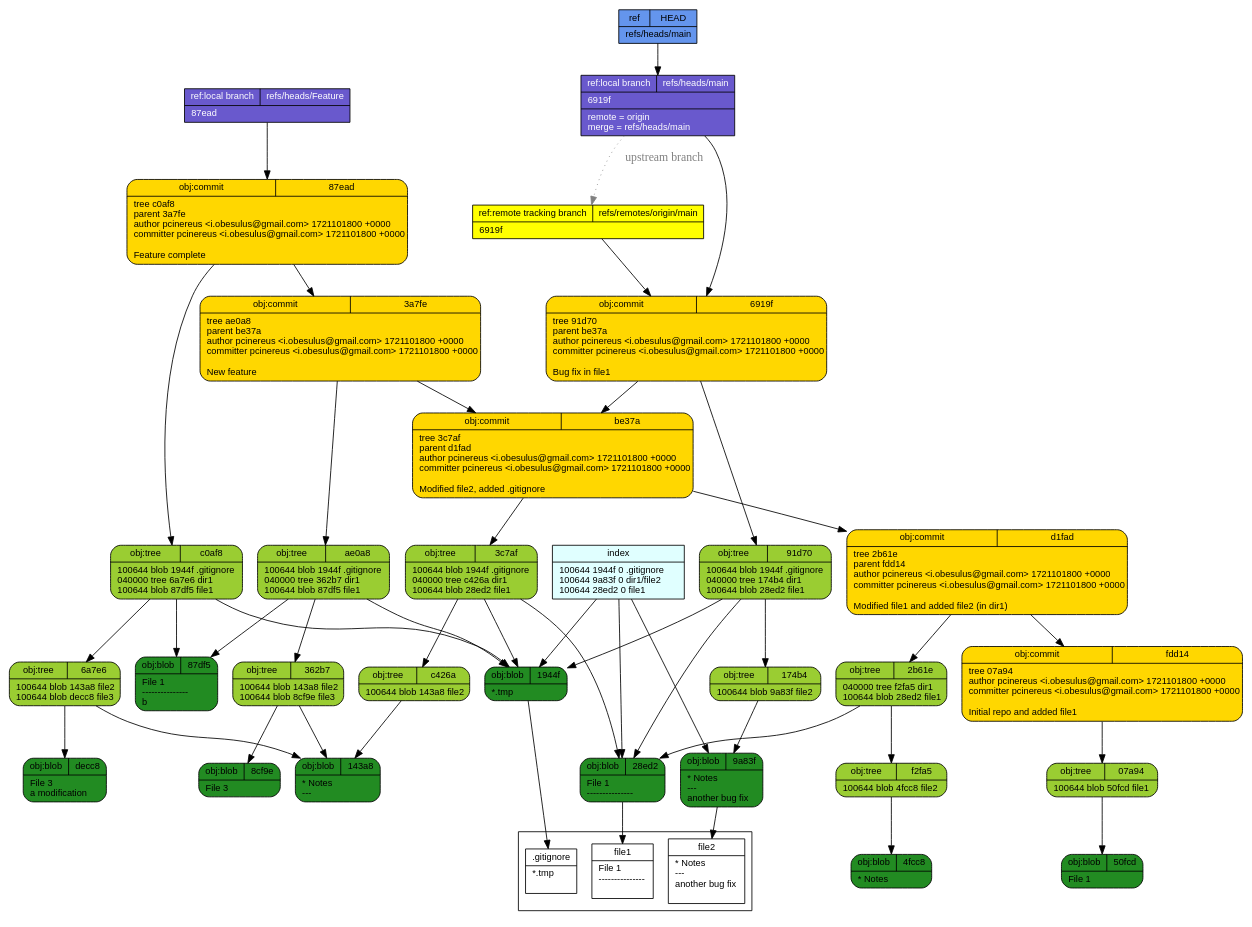
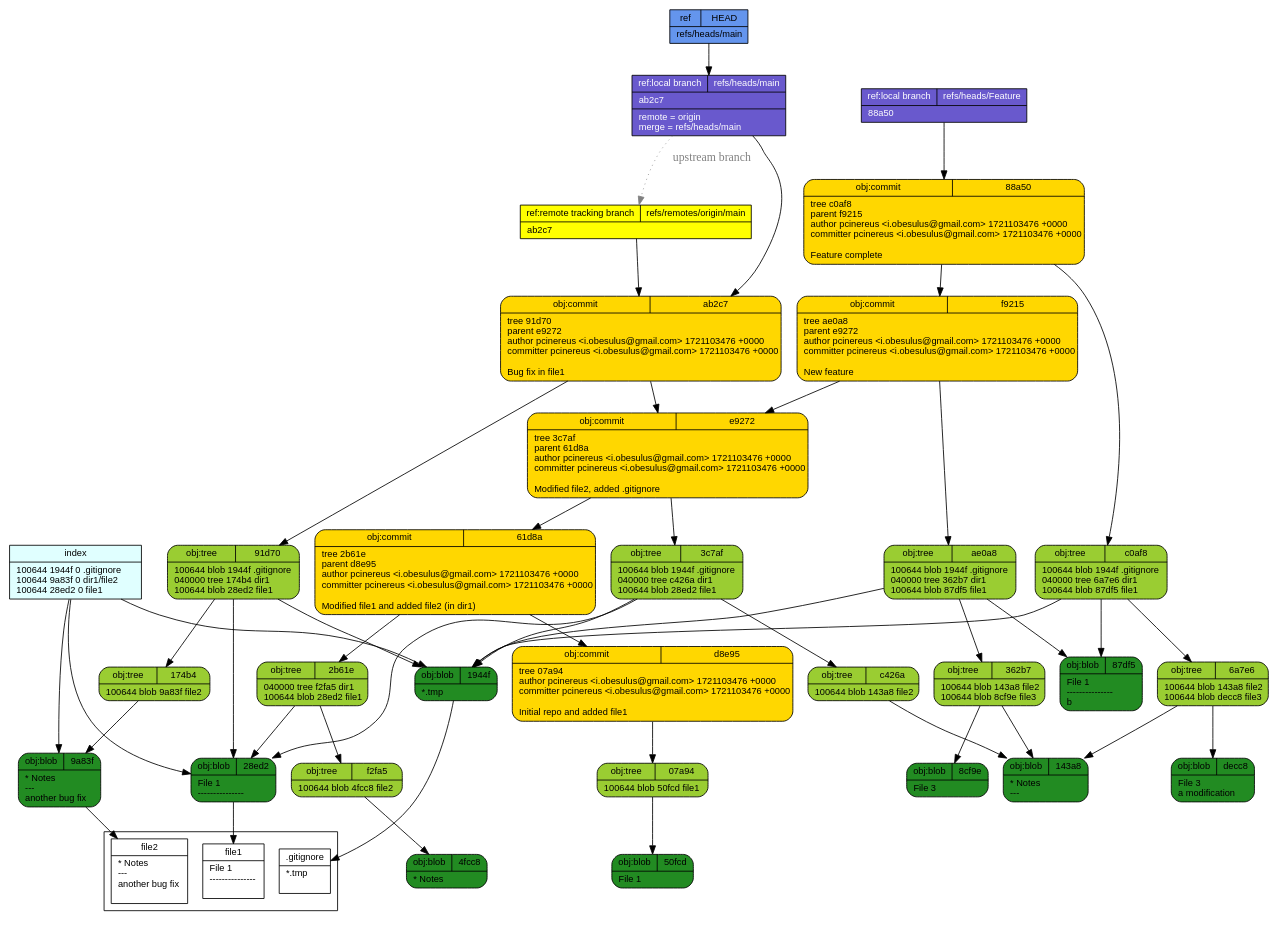
One commit to pcinereus/SUYRs_documents changed the diagram in tut/git-draw.dot. Above: the diagram before and after it, drawn with Graphviz. The commit also changed 607 other files, not shown here.

```diff
--- a/tut/git-draw.dot
+++ b/tut/git-draw.dot
@@ -1,57 +1,57 @@
 digraph structs {
   node [shape=record,fontsize=11,fontname="arial"];
   rankdir="TB";
   _f2fa5 [fillcolor="yellowgreen", style="filled,rounded", label="{{obj:tree|f2fa5}|100644\ blob\ 4fcc8\	file2\l}"]  _f2fa5 -> _4fcc8
-  _6919f [fillcolor="gold", style="filled,rounded", label="{{obj:commit|6919f}|tree\ 91d70\lparent\ be37a\lauthor\ pcinereus\ \<i\.obesulus\@gmail\.com\>\ 1721101800\ \+0000\lcommitter\ pcinereus\ \<i\.obesulus\@gmail\.com\>\ 1721101800\ \+0000\l\lBug\ fix\ in\ file1\l}"]  _6919f -> _91d70
-  _6919f -> _be37a
   _07a94 [fillcolor="yellowgreen", style="filled,rounded", label="{{obj:tree|07a94}|100644\ blob\ 50fcd\	file1\l}"]  _07a94 -> _50fcd
   _143a8 [fillcolor="forestgreen", style="filled,rounded", label="{{obj:blob|143a8}|\*\ Notes\l\-\-\-\l}"]  _c0af8 [fillcolor="yellowgreen", style="filled,rounded", label="{{obj:tree|c0af8}|100644\ blob\ 1944f\	\.gitignore\l040000\ tree\ 6a7e6\	dir1\l100644\ blob\ 87df5\	file1\l}"]  _c0af8 -> _1944f
   _c0af8 -> _6a7e6
   _c0af8 -> _87df5
-  _4fcc8 [fillcolor="forestgreen", style="filled,rounded", label="{{obj:blob|4fcc8}|\*\ Notes\l}"]  _3a7fe [fillcolor="gold", style="filled,rounded", label="{{obj:commit|3a7fe}|tree\ ae0a8\lparent\ be37a\lauthor\ pcinereus\ \<i\.obesulus\@gmail\.com\>\ 1721101800\ \+0000\lcommitter\ pcinereus\ \<i\.obesulus\@gmail\.com\>\ 1721101800\ \+0000\l\lNew\ feature\l}"]  _3a7fe -> _ae0a8
-  _3a7fe -> _be37a
-  _fdd14 [fillcolor="gold", style="filled,rounded", label="{{obj:commit|fdd14}|tree\ 07a94\lauthor\ pcinereus\ \<i\.obesulus\@gmail\.com\>\ 1721101800\ \+0000\lcommitter\ pcinereus\ \<i\.obesulus\@gmail\.com\>\ 1721101800\ \+0000\l\lInitial\ repo\ and\ added\ file1\l}"]  _fdd14 -> _07a94
+  _4fcc8 [fillcolor="forestgreen", style="filled,rounded", label="{{obj:blob|4fcc8}|\*\ Notes\l}"]  _ab2c7 [fillcolor="gold", style="filled,rounded", label="{{obj:commit|ab2c7}|tree\ 91d70\lparent\ e9272\lauthor\ pcinereus\ \<i\.obesulus\@gmail\.com\>\ 1721103476\ \+0000\lcommitter\ pcinereus\ \<i\.obesulus\@gmail\.com\>\ 1721103476\ \+0000\l\lBug\ fix\ in\ file1\l}"]  _ab2c7 -> _91d70
+  _ab2c7 -> _e9272
   _c426a [fillcolor="yellowgreen", style="filled,rounded", label="{{obj:tree|c426a}|100644\ blob\ 143a8\	file2\l}"]  _c426a -> _143a8
-  _1944f [fillcolor="forestgreen", style="filled,rounded", label="{{obj:blob|1944f}|\*\.tmp\l}"]  _50fcd [fillcolor="forestgreen", style="filled,rounded", label="{{obj:blob|50fcd}|File\ 1\l}"]  _8cf9e [fillcolor="forestgreen", style="filled,rounded", label="{{obj:blob|8cf9e}|File\ 3\l}"]  _d1fad [fillcolor="gold", style="filled,rounded", label="{{obj:commit|d1fad}|tree\ 2b61e\lparent\ fdd14\lauthor\ pcinereus\ \<i\.obesulus\@gmail\.com\>\ 1721101800\ \+0000\lcommitter\ pcinereus\ \<i\.obesulus\@gmail\.com\>\ 1721101800\ \+0000\l\lModified\ file1\ and\ added\ file2\ \(in\ dir1\)\l}"]  _d1fad -> _2b61e
-  _d1fad -> _fdd14
-  _91d70 [fillcolor="yellowgreen", style="filled,rounded", label="{{obj:tree|91d70}|100644\ blob\ 1944f\	\.gitignore\l040000\ tree\ 174b4\	dir1\l100644\ blob\ 28ed2\	file1\l}"]  _91d70 -> _1944f
+  _1944f [fillcolor="forestgreen", style="filled,rounded", label="{{obj:blob|1944f}|\*\.tmp\l}"]  _88a50 [fillcolor="gold", style="filled,rounded", label="{{obj:commit|88a50}|tree\ c0af8\lparent\ f9215\lauthor\ pcinereus\ \<i\.obesulus\@gmail\.com\>\ 1721103476\ \+0000\lcommitter\ pcinereus\ \<i\.obesulus\@gmail\.com\>\ 1721103476\ \+0000\l\lFeature\ complete\l}"]  _88a50 -> _c0af8
+  _88a50 -> _f9215
+  _50fcd [fillcolor="forestgreen", style="filled,rounded", label="{{obj:blob|50fcd}|File\ 1\l}"]  _61d8a [fillcolor="gold", style="filled,rounded", label="{{obj:commit|61d8a}|tree\ 2b61e\lparent\ d8e95\lauthor\ pcinereus\ \<i\.obesulus\@gmail\.com\>\ 1721103476\ \+0000\lcommitter\ pcinereus\ \<i\.obesulus\@gmail\.com\>\ 1721103476\ \+0000\l\lModified\ file1\ and\ added\ file2\ \(in\ dir1\)\l}"]  _61d8a -> _2b61e
+  _61d8a -> _d8e95
+  _8cf9e [fillcolor="forestgreen", style="filled,rounded", label="{{obj:blob|8cf9e}|File\ 3\l}"]  _91d70 [fillcolor="yellowgreen", style="filled,rounded", label="{{obj:tree|91d70}|100644\ blob\ 1944f\	\.gitignore\l040000\ tree\ 174b4\	dir1\l100644\ blob\ 28ed2\	file1\l}"]  _91d70 -> _1944f
   _91d70 -> _174b4
   _91d70 -> _28ed2
-  _9a83f [fillcolor="forestgreen", style="filled,rounded", label="{{obj:blob|9a83f}|\*\ Notes\l\-\-\-\l\ another\ bug\ fix\l}"]  _be37a [fillcolor="gold", style="filled,rounded", label="{{obj:commit|be37a}|tree\ 3c7af\lparent\ d1fad\lauthor\ pcinereus\ \<i\.obesulus\@gmail\.com\>\ 1721101800\ \+0000\lcommitter\ pcinereus\ \<i\.obesulus\@gmail\.com\>\ 1721101800\ \+0000\l\lModified\ file2\,\ added\ \.gitignore\l}"]  _be37a -> _3c7af
-  _be37a -> _d1fad
-  _ae0a8 [fillcolor="yellowgreen", style="filled,rounded", label="{{obj:tree|ae0a8}|100644\ blob\ 1944f\	\.gitignore\l040000\ tree\ 362b7\	dir1\l100644\ blob\ 87df5\	file1\l}"]  _ae0a8 -> _1944f
+  _9a83f [fillcolor="forestgreen", style="filled,rounded", label="{{obj:blob|9a83f}|\*\ Notes\l\-\-\-\l\ another\ bug\ fix\l}"]  _ae0a8 [fillcolor="yellowgreen", style="filled,rounded", label="{{obj:tree|ae0a8}|100644\ blob\ 1944f\	\.gitignore\l040000\ tree\ 362b7\	dir1\l100644\ blob\ 87df5\	file1\l}"]  _ae0a8 -> _1944f
   _ae0a8 -> _362b7
   _ae0a8 -> _87df5
+  _e9272 [fillcolor="gold", style="filled,rounded", label="{{obj:commit|e9272}|tree\ 3c7af\lparent\ 61d8a\lauthor\ pcinereus\ \<i\.obesulus\@gmail\.com\>\ 1721103476\ \+0000\lcommitter\ pcinereus\ \<i\.obesulus\@gmail\.com\>\ 1721103476\ \+0000\l\lModified\ file2\,\ added\ \.gitignore\l}"]  _e9272 -> _3c7af
+  _e9272 -> _61d8a
+  _f9215 [fillcolor="gold", style="filled,rounded", label="{{obj:commit|f9215}|tree\ ae0a8\lparent\ e9272\lauthor\ pcinereus\ \<i\.obesulus\@gmail\.com\>\ 1721103476\ \+0000\lcommitter\ pcinereus\ \<i\.obesulus\@gmail\.com\>\ 1721103476\ \+0000\l\lNew\ feature\l}"]  _f9215 -> _ae0a8
+  _f9215 -> _e9272
   _2b61e [fillcolor="yellowgreen", style="filled,rounded", label="{{obj:tree|2b61e}|040000\ tree\ f2fa5\	dir1\l100644\ blob\ 28ed2\	file1\l}"]  _2b61e -> _f2fa5
   _2b61e -> _28ed2
-  _87ead [fillcolor="gold", style="filled,rounded", label="{{obj:commit|87ead}|tree\ c0af8\lparent\ 3a7fe\lauthor\ pcinereus\ \<i\.obesulus\@gmail\.com\>\ 1721101800\ \+0000\lcommitter\ pcinereus\ \<i\.obesulus\@gmail\.com\>\ 1721101800\ \+0000\l\lFeature\ complete\l}"]  _87ead -> _c0af8
-  _87ead -> _3a7fe
+  _d8e95 [fillcolor="gold", style="filled,rounded", label="{{obj:commit|d8e95}|tree\ 07a94\lauthor\ pcinereus\ \<i\.obesulus\@gmail\.com\>\ 1721103476\ \+0000\lcommitter\ pcinereus\ \<i\.obesulus\@gmail\.com\>\ 1721103476\ \+0000\l\lInitial\ repo\ and\ added\ file1\l}"]  _d8e95 -> _07a94
   _87df5 [fillcolor="forestgreen", style="filled,rounded", label="{{obj:blob|87df5}|File\ 1\l\-\-\-\-\-\-\-\-\-\-\-\-\-\-\-\lb\l}"]  _362b7 [fillcolor="yellowgreen", style="filled,rounded", label="{{obj:tree|362b7}|100644\ blob\ 143a8\	file2\l100644\ blob\ 8cf9e\	file3\l}"]  _362b7 -> _143a8
   _362b7 -> _8cf9e
   _3c7af [fillcolor="yellowgreen", style="filled,rounded", label="{{obj:tree|3c7af}|100644\ blob\ 1944f\	\.gitignore\l040000\ tree\ c426a\	dir1\l100644\ blob\ 28ed2\	file1\l}"]  _3c7af -> _1944f
   _3c7af -> _c426a
   _3c7af -> _28ed2
   _28ed2 [fillcolor="forestgreen", style="filled,rounded", label="{{obj:blob|28ed2}|File\ 1\l\-\-\-\-\-\-\-\-\-\-\-\-\-\-\-\l}"]  _6a7e6 [fillcolor="yellowgreen", style="filled,rounded", label="{{obj:tree|6a7e6}|100644\ blob\ 143a8\	file2\l100644\ blob\ decc8\	file3\l}"]  _6a7e6 -> _143a8
   _6a7e6 -> _decc8
   _174b4 [fillcolor="yellowgreen", style="filled,rounded", label="{{obj:tree|174b4}|100644\ blob\ 9a83f\	file2\l}"]  _174b4 -> _9a83f
-  _decc8 [fillcolor="forestgreen", style="filled,rounded", label="{{obj:blob|decc8}|File\ 3\l\ a\ modification\l}"]  _refs___heads___Feature [style=filled, fillcolor=slateblue3, fontcolor = white,  label="{{ref:local branch|refs\/heads\/Feature}|87ead\l}"]
-  _refs___heads___Feature -> _87ead
+  _decc8 [fillcolor="forestgreen", style="filled,rounded", label="{{obj:blob|decc8}|File\ 3\l\ a\ modification\l}"]  _refs___heads___Feature [style=filled, fillcolor=slateblue3, fontcolor = white,  label="{{ref:local branch|refs\/heads\/Feature}|88a50\l}"]
+  _refs___heads___Feature -> _88a50
   _refs___heads___main -> _refs___remotes___origin___main [style=dotted, color=gray, fontcolor=gray, label="upstream branch"]
-  _refs___heads___main [style=filled, fillcolor=slateblue3, fontcolor = white,  label="{{ref:local branch|refs\/heads\/main}|6919f\l|remote\ \=\ origin\lmerge\ \=\ refs\/heads\/main\l}"]
-  _refs___heads___main -> _6919f
-  _refs___remotes___origin___main [style=filled, fillcolor=yellow, fontcolor = black,  label="{{ref:remote tracking branch|refs\/remotes\/origin\/main}|6919f\l}"]
-  _refs___remotes___origin___main -> _6919f
+  _refs___heads___main [style=filled, fillcolor=slateblue3, fontcolor = white,  label="{{ref:local branch|refs\/heads\/main}|ab2c7\l|remote\ \=\ origin\lmerge\ \=\ refs\/heads\/main\l}"]
+  _refs___heads___main -> _ab2c7
+  _refs___remotes___origin___main [style=filled, fillcolor=yellow, fontcolor = black,  label="{{ref:remote tracking branch|refs\/remotes\/origin\/main}|ab2c7\l}"]
+  _refs___remotes___origin___main -> _ab2c7
   _HEAD [style=filled, fillcolor=cornflowerblue, fontcolor=black,  label="{{ref|HEAD}|refs\/heads\/main\l}"]
   _HEAD -> _refs___heads___main
   index -> _1944f
   index -> _9a83f
   index -> _28ed2
   index [style=filled, fillcolor=lightcyan, label="{{index}|100644\ 1944f\ 0\	\.gitignore\l100644\ 9a83f\ 0\	dir1\/file2\l100644\ 28ed2\ 0\	file1\l}"]
 subgraph cluster_1 {rank=sink  _gitignore [fillcolor="white", label="{{.gitignore}|*.tmp\l\l}"] 
   _file2 [fillcolor="white", label="{{file2}|* Notes\l---\l another bug fix\l\l}"] 
   _file1 [fillcolor="white", label="{{file1}|File 1\l---------------\l\l}"] 
 }
  _1944f -> _gitignore
  _9a83f -> _file2
  _28ed2 -> _file1
 }
```
